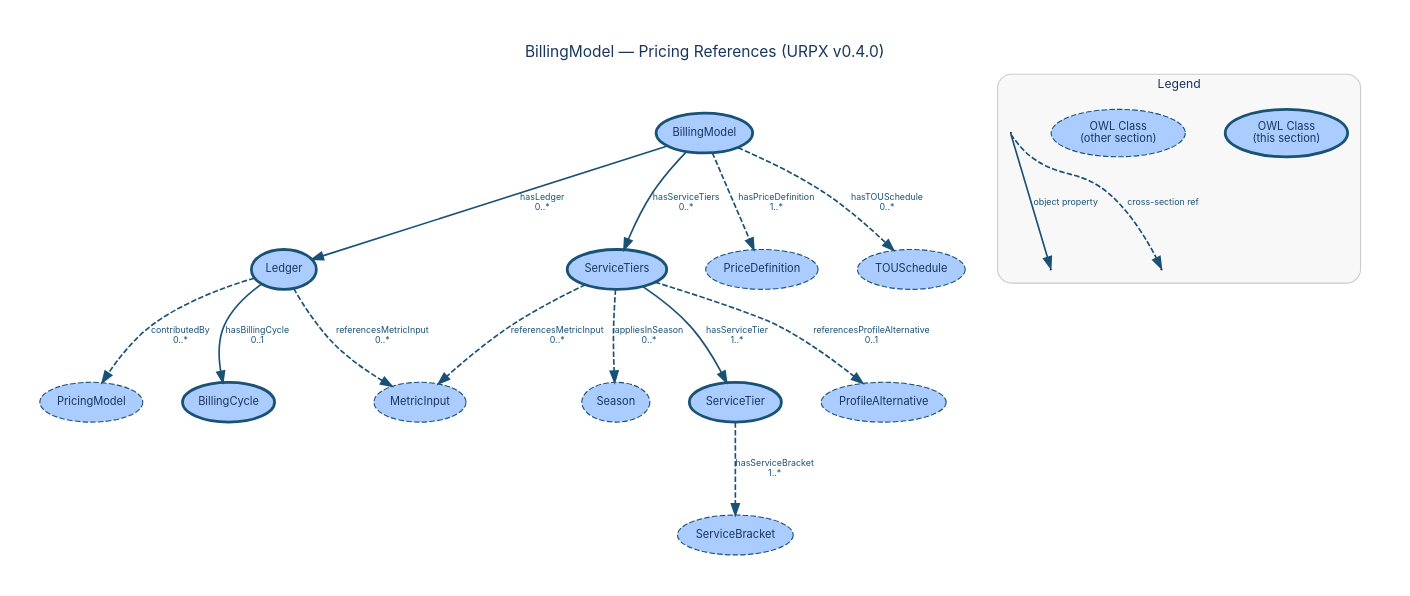
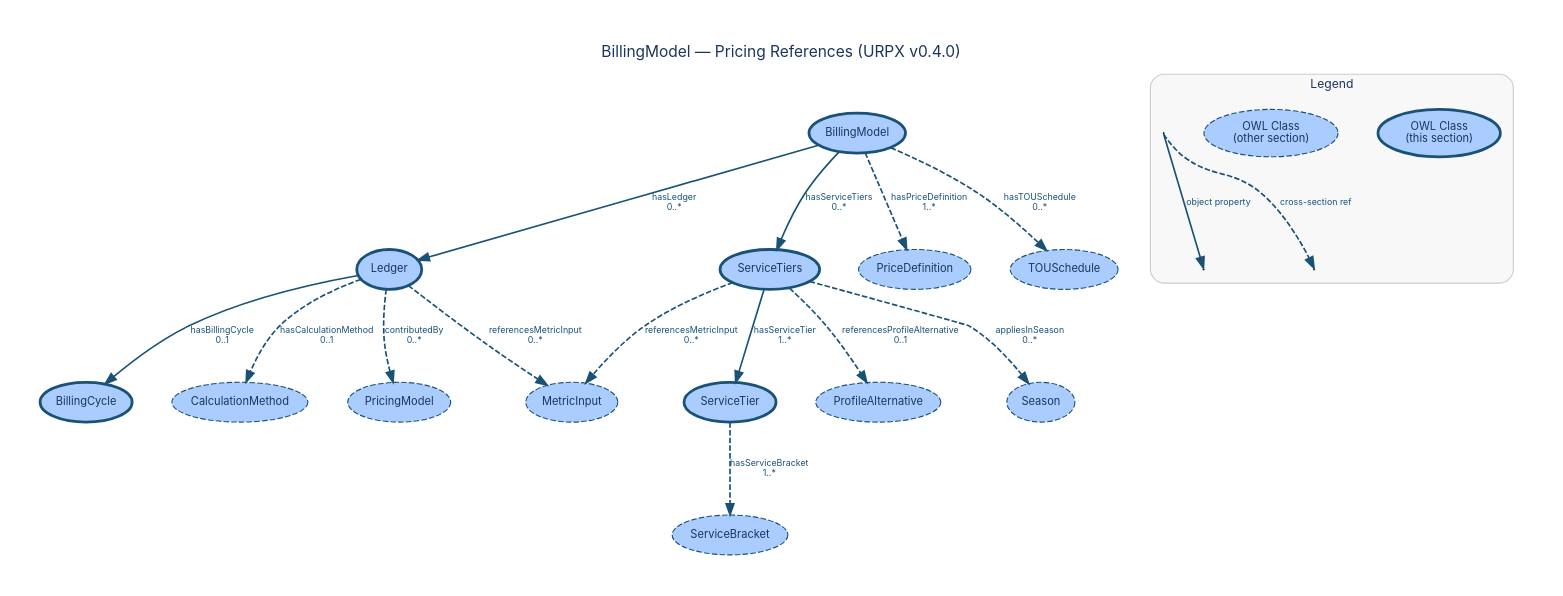
Before and after one commit to urpx-org/urpx: the diagram in documentation/diagrams/dictionary/plan-elements-billing-entities-billing-model-detail.dot, drawn with Graphviz. The commit also changed 11 other files, not shown here.

```diff
--- a/documentation/diagrams/dictionary/plan-elements-billing-entities-billing-model-detail.dot
+++ b/documentation/diagrams/dictionary/plan-elements-billing-entities-billing-model-detail.dot
@@ -1,128 +1,135 @@
 digraph "BillingModel — Pricing References" {
     rankdir=TB;
     bgcolor="white";
     pad=0.4;
     nodesep=0.5;
     ranksep=0.9;
     fontname="Inter, Helvetica, Arial, sans-serif";
     label="BillingModel — Pricing References (URPX v0.4.0)";
     labelloc="t";
     fontsize=14;
     fontcolor="#1a365d";
     node [fontname="Inter, Helvetica, Arial, sans-serif", fontsize=10, style=filled, fontcolor="#1a365d"];
     edge [fontname="Inter, Helvetica, Arial, sans-serif", fontsize=8, fontcolor="#1a365d"];
 
     // Section classes
     BillingModel [
         label="BillingModel"
         shape=ellipse, fillcolor="#aaccff", color="#1a5276", penwidth=2.5
     ];
     BillingCycle [
         label="BillingCycle"
         shape=ellipse, fillcolor="#aaccff", color="#1a5276", penwidth=2.5
     ];
     Ledger [
         label="Ledger"
         shape=ellipse, fillcolor="#aaccff", color="#1a5276", penwidth=2.5
     ];
     ServiceTier [
         label="ServiceTier"
         shape=ellipse, fillcolor="#aaccff", color="#1a5276", penwidth=2.5
     ];
     ServiceTiers [
         label="ServiceTiers"
         shape=ellipse, fillcolor="#aaccff", color="#1a5276", penwidth=2.5
     ];
 
     // Cross-section references
+    CalculationMethod [
+        label="CalculationMethod"
+        shape=ellipse, fillcolor="#aaccff", color="#1a5276", penwidth=1, style="filled,dashed"
+    ];
     MetricInput [
         label="MetricInput"
         shape=ellipse, fillcolor="#aaccff", color="#1a5276", penwidth=1, style="filled,dashed"
     ];
     PriceDefinition [
         label="PriceDefinition"
         shape=ellipse, fillcolor="#aaccff", color="#1a5276", penwidth=1, style="filled,dashed"
     ];
     PricingModel [
         label="PricingModel"
         shape=ellipse, fillcolor="#aaccff", color="#1a5276", penwidth=1, style="filled,dashed"
     ];
     ProfileAlternative [
         label="ProfileAlternative"
         shape=ellipse, fillcolor="#aaccff", color="#1a5276", penwidth=1, style="filled,dashed"
     ];
     Season [
         label="Season"
         shape=ellipse, fillcolor="#aaccff", color="#1a5276", penwidth=1, style="filled,dashed"
     ];
     ServiceBracket [
         label="ServiceBracket"
         shape=ellipse, fillcolor="#aaccff", color="#1a5276", penwidth=1, style="filled,dashed"
     ];
     TOUSchedule [
         label="TOUSchedule"
         shape=ellipse, fillcolor="#aaccff", color="#1a5276", penwidth=1, style="filled,dashed"
     ];
 
     // Object property edges
     BillingModel -> Ledger [
         label="hasLedger\n0..*", color="#1a5276", fontcolor="#1a5276", penwidth=1.5
     ];
     BillingModel -> PriceDefinition [
         label="hasPriceDefinition\n1..*", style=dashed, color="#1a5276", fontcolor="#1a5276", penwidth=1.5
     ];
     BillingModel -> ServiceTiers [
         label="hasServiceTiers\n0..*", color="#1a5276", fontcolor="#1a5276", penwidth=1.5
     ];
     BillingModel -> TOUSchedule [
         label="hasTOUSchedule\n0..*", style=dashed, color="#1a5276", fontcolor="#1a5276", penwidth=1.5
     ];
     Ledger -> PricingModel [
         label="contributedBy\n0..*", style=dashed, color="#1a5276", fontcolor="#1a5276", penwidth=1.5
     ];
     Ledger -> BillingCycle [
         label="hasBillingCycle\n0..1", color="#1a5276", fontcolor="#1a5276", penwidth=1.5
     ];
+    Ledger -> CalculationMethod [
+        label="hasCalculationMethod\n0..1", style=dashed, color="#1a5276", fontcolor="#1a5276", penwidth=1.5
+    ];
     Ledger -> MetricInput [
         label="referencesMetricInput\n0..*", style=dashed, color="#1a5276", fontcolor="#1a5276", penwidth=1.5
     ];
     ServiceTier -> ServiceBracket [
         label="hasServiceBracket\n1..*", style=dashed, color="#1a5276", fontcolor="#1a5276", penwidth=1.5
     ];
     ServiceTiers -> Season [
         label="appliesInSeason\n0..*", style=dashed, color="#1a5276", fontcolor="#1a5276", penwidth=1.5
     ];
     ServiceTiers -> ServiceTier [
         label="hasServiceTier\n1..*", color="#1a5276", fontcolor="#1a5276", penwidth=1.5
     ];
     ServiceTiers -> MetricInput [
         label="referencesMetricInput\n0..*", style=dashed, color="#1a5276", fontcolor="#1a5276", penwidth=1.5
     ];
     ServiceTiers -> ProfileAlternative [
         label="referencesProfileAlternative\n0..1", style=dashed, color="#1a5276", fontcolor="#1a5276", penwidth=1.5
     ];
 
     // Layout-specified rank groups
     { rank=same; BillingModel; }
     { rank=same; Ledger; ServiceTiers; }
     { rank=same; BillingCycle; ServiceTier; }
 
     subgraph cluster_legend {
         label="Legend";
         fontname="Inter, Helvetica, Arial, sans-serif";
         fontsize=11;
         fontcolor="#1a365d";
         style=rounded;
         color="#cccccc";
         bgcolor="#f8f8f8";
         margin=12;
 
         leg_class [label="OWL Class\n(this section)", shape=ellipse, fillcolor="#aaccff", color="#1a5276", penwidth=2.5];
         leg_xref [label="OWL Class\n(other section)", shape=ellipse, fillcolor="#aaccff", color="#1a5276", penwidth=1, style="filled,dashed"];
         leg_src [label=" ", shape=point, width=0.01];
         leg_tgt1 [label=" ", shape=point, width=0.01];
         leg_src -> leg_tgt1 [label="object property", color="#1a5276", fontcolor="#1a5276", penwidth=1.5];
         leg_tgt2 [label=" ", shape=point, width=0.01];
         leg_src -> leg_tgt2 [label="cross-section ref", style=dashed, color="#1a5276", fontcolor="#1a5276", penwidth=1.5];
     }
 }
```
